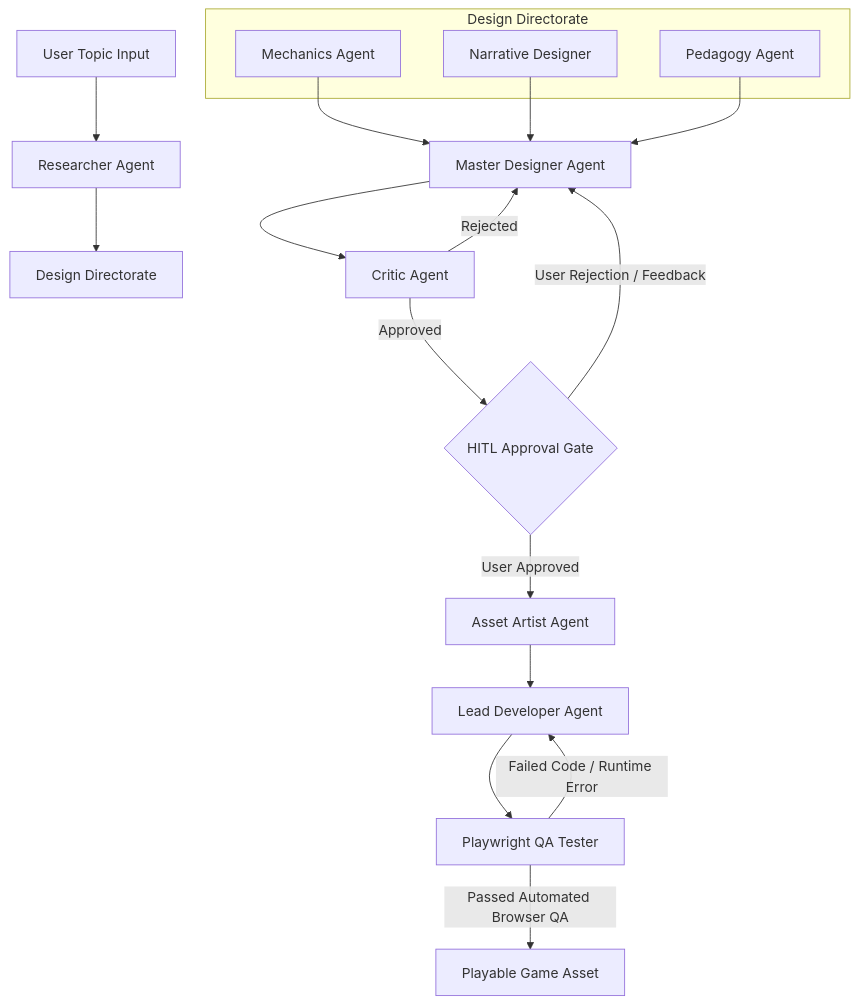
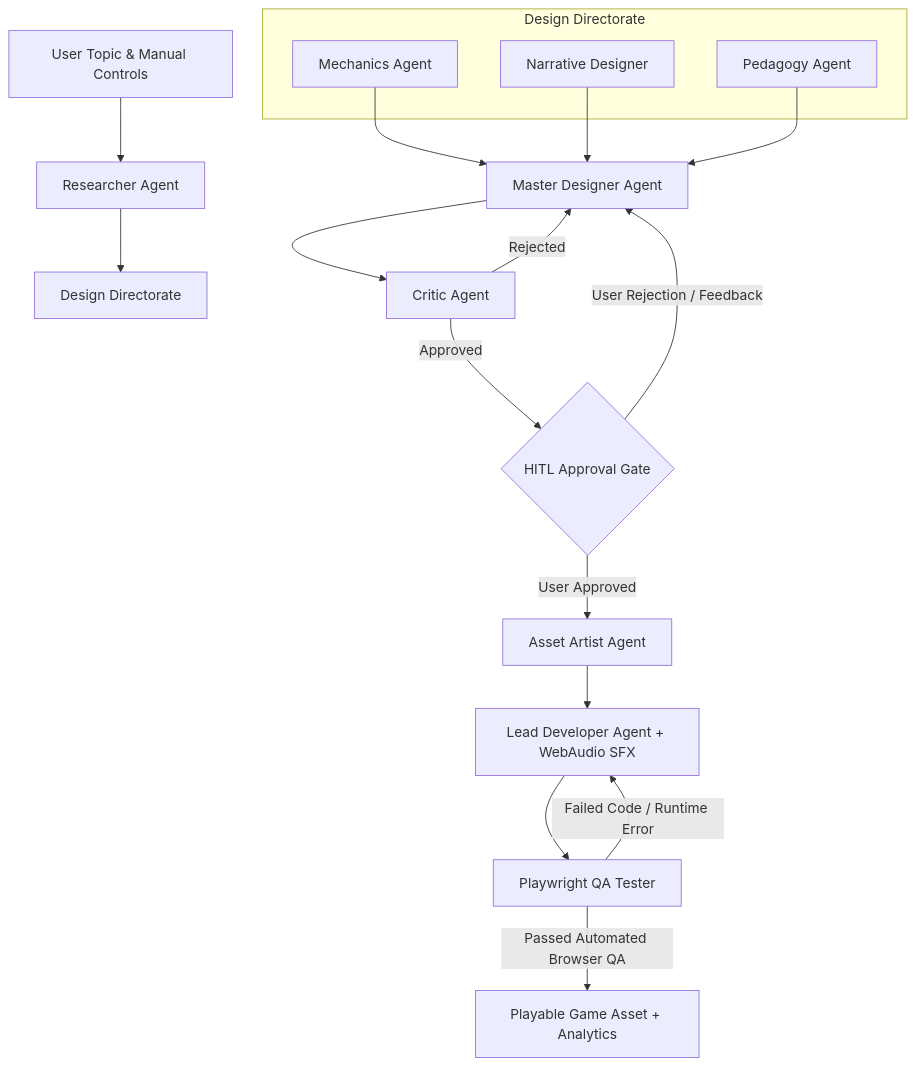
Before and after one commit to Shivam-Brahmkshatriya/AI-Educational-Game-Generator: the diagram in README.md, drawn with Mermaid. The commit also changed other lines of this file, not shown here.

Commit message:
docs: update README.md detailing v1.0 baseline vs v2.0 WebAudio & 13 genre engine features

````diff
--- a/README.md
+++ b/README.md
@@ -26,28 +35,28 @@
 ```mermaid
 flowchart TD
-    A[User Topic Input] --> B[Researcher Agent]
+    A[User Topic & Manual Controls] --> B[Researcher Agent]
     B --> C[Design Directorate]
     
     subgraph Design Directorate [Design Directorate]
         C1[Mechanics Agent]
         C2[Narrative Designer]
         C3[Pedagogy Agent]
     end
 
     C1 --> D[Master Designer Agent]
     C2 --> D
     C3 --> D
 
     D --> E[Critic Agent]
     E -- Rejected --> D
     E -- Approved --> F{HITL Approval Gate}
     
     F -- User Rejection / Feedback --> D
     F -- User Approved --> G[Asset Artist Agent]
     
-    G --> H[Lead Developer Agent]
+    G --> H[Lead Developer Agent + WebAudio SFX]
     H --> I[Playwright QA Tester]
     
     I -- Failed Code / Runtime Error --> H
-    I -- Passed Automated Browser QA --> J[Playable Game Asset]
+    I -- Passed Automated Browser QA --> J[Playable Game Asset + Analytics]
 ```
````
